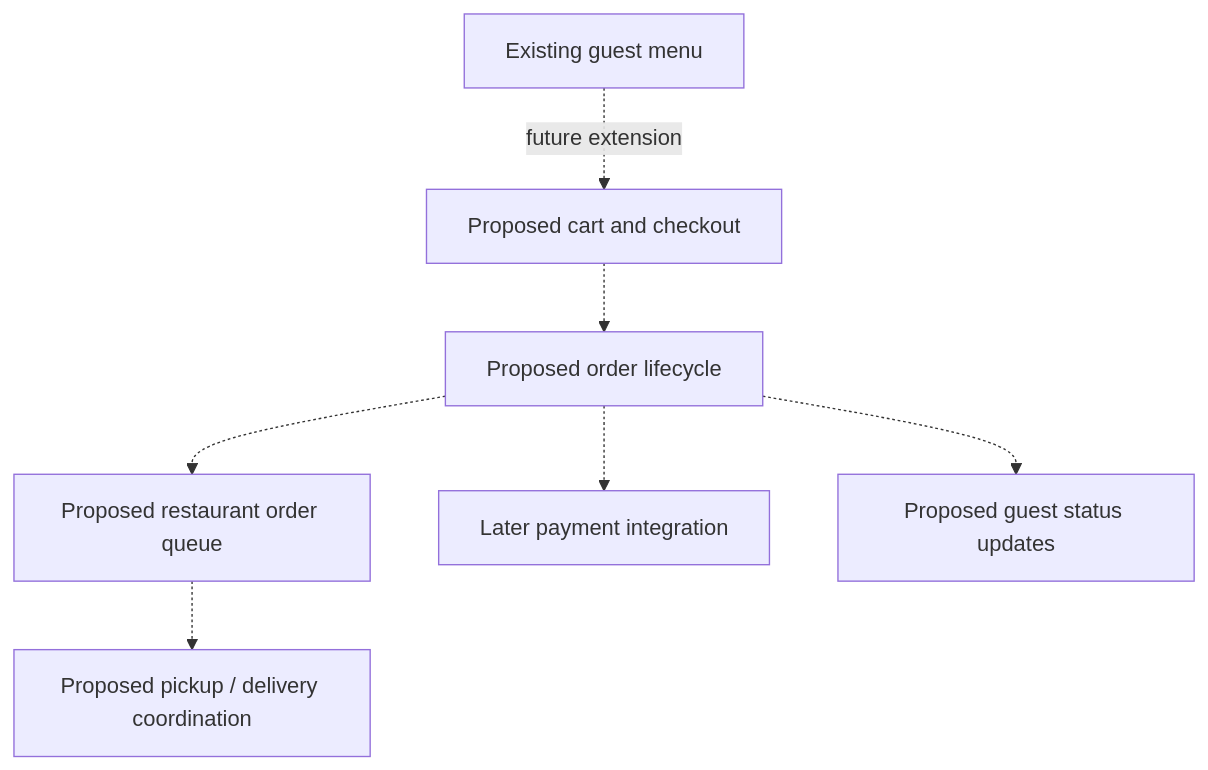
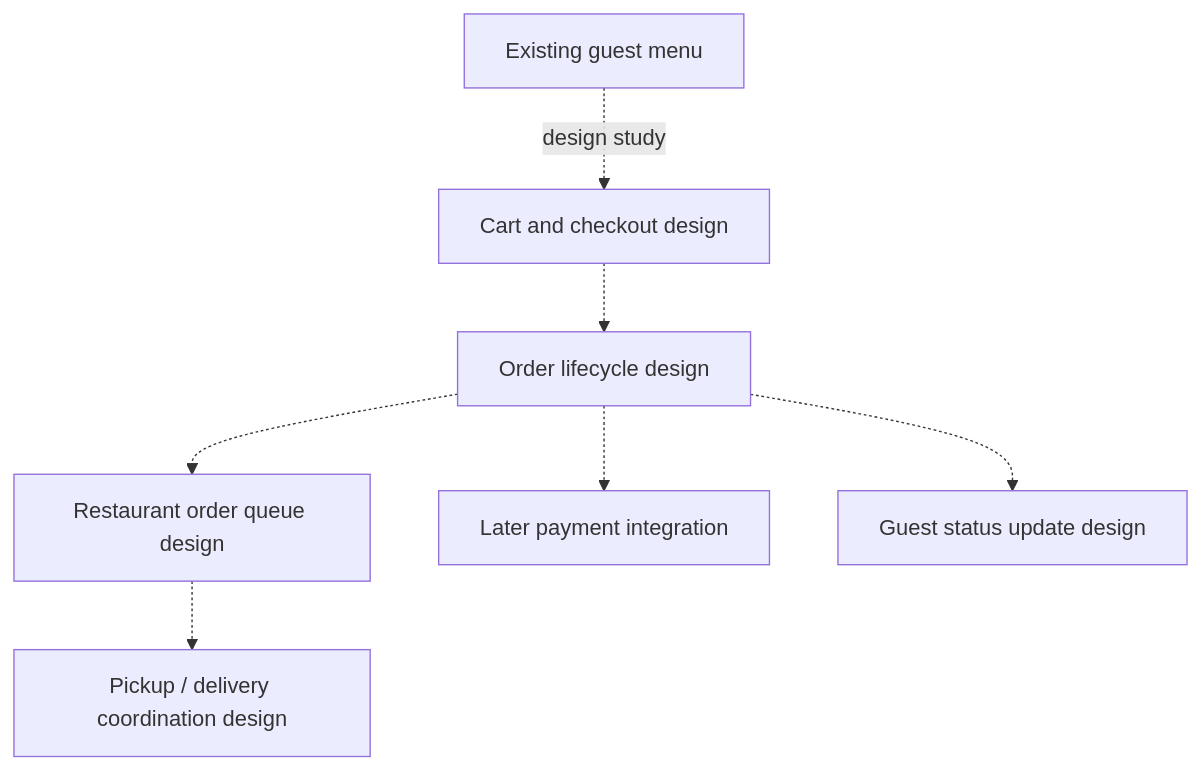
The second of 2 diagrams in docs/portfolio-architecture.md (MahdiHajjHassan/Restaurant-app), drawn with Mermaid before and after one commit. The commit also changed other lines of this file and 2 other files, not shown here.

Commit message:
Describe the delivered restaurant product and separate ordering design

````diff
--- a/docs/portfolio-architecture.md
+++ b/docs/portfolio-architecture.md
@@ -45,9 +45,9 @@
 ```mermaid
 flowchart TB
-  Browse["Existing guest menu"] -. "future extension" .-> Cart["Proposed cart and checkout"]
-  Cart -.-> Order["Proposed order lifecycle"]
-  Order -.-> Queue["Proposed restaurant order queue"]
-  Queue -.-> Fulfil["Proposed pickup / delivery coordination"]
+  Browse["Existing guest menu"] -. "design study" .-> Cart["Cart and checkout design"]
+  Cart -.-> Order["Order lifecycle design"]
+  Order -.-> Queue["Restaurant order queue design"]
+  Queue -.-> Fulfil["Pickup / delivery coordination design"]
   Order -.-> Payment["Later payment integration"]
-  Order -.-> Updates["Proposed guest status updates"]
+  Order -.-> Updates["Guest status update design"]
 ```
````
